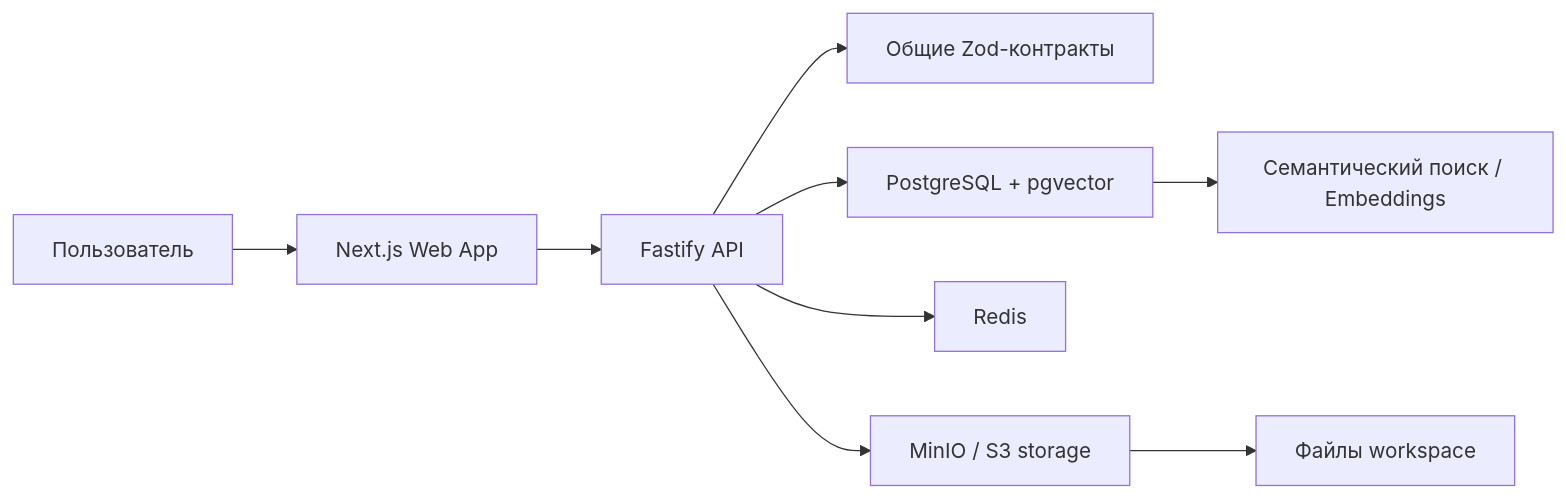
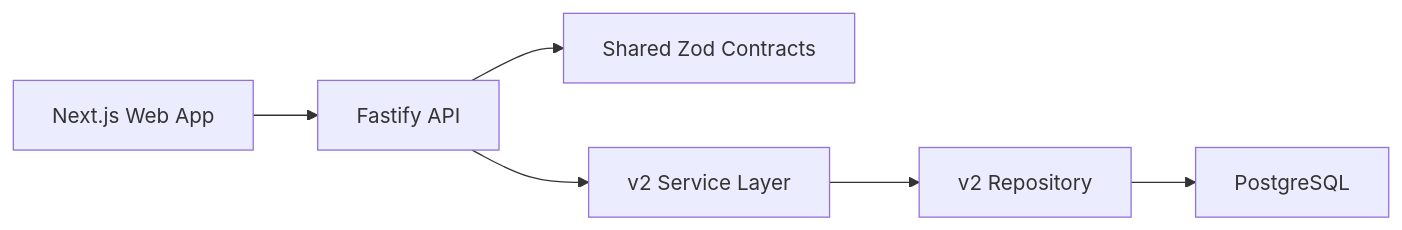
Before and after one commit to Ckobah/yadraw: the second of 2 diagrams in README.md, drawn with Mermaid. The commit also changed other lines of this file, not shown here.

````diff
--- a/README.md
+++ b/README.md
@@ -242,11 +302,8 @@
 ```mermaid
 flowchart LR
-  User["Пользователь"] --> Web["Next.js Web App"]
-  Web --> API["Fastify API"]
-  API --> Shared["Общие Zod-контракты"]
-  API --> Postgres["PostgreSQL + pgvector"]
-  API --> Redis["Redis"]
-  API --> MinIO["MinIO / S3 storage"]
-  Postgres --> Search["Семантический поиск / Embeddings"]
-  MinIO --> Files["Файлы workspace"]
+  Web["Next.js Web App"] --> API["Fastify API"]
+  API --> Contracts["Shared Zod Contracts"]
+  API --> Service["v2 Service Layer"]
+  Service --> Repository["v2 Repository"]
+  Repository --> Postgres["PostgreSQL"]
 ```
````
